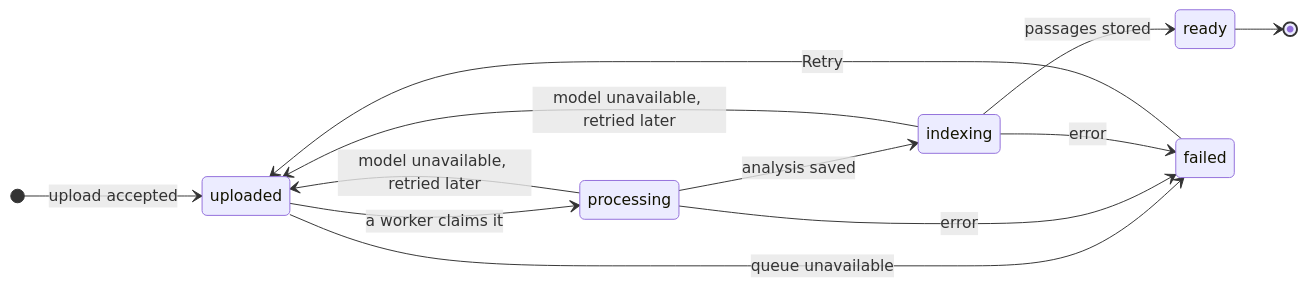
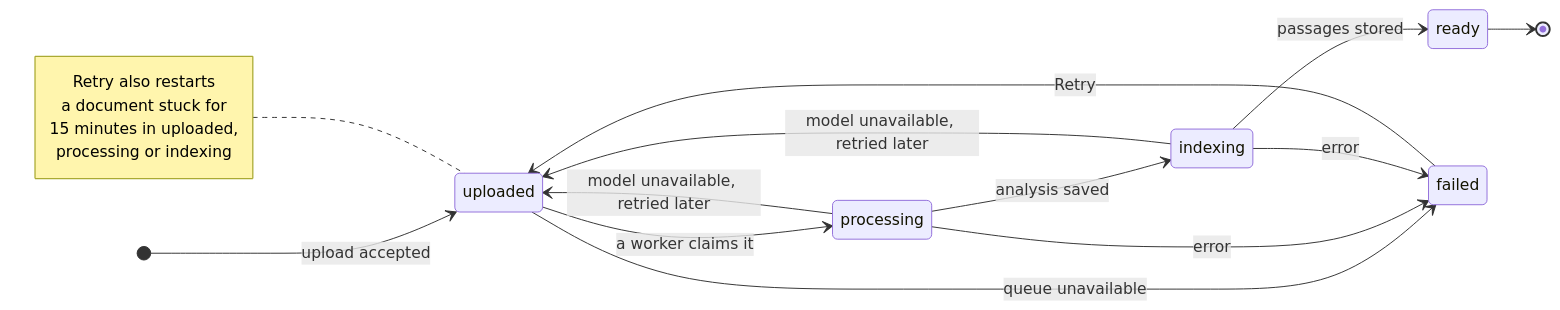
The third of 4 diagrams in README.md (APELSINKos/ai-study-platform), drawn with Mermaid before and after one commit. The commit also changed other lines of this file, not shown here.

Commit message:
docs: README — опрос раз в 15 с, когда документы застряли, и повтор застрявшего на схеме

````diff
--- a/README.md
+++ b/README.md
@@ -136,15 +136,21 @@
 ```mermaid
 stateDiagram-v2
     direction LR
     [*] --> uploaded: upload accepted
     uploaded --> processing: a worker claims it
     processing --> indexing: analysis saved
     indexing --> ready: passages stored
     processing --> uploaded: model unavailable, retried later
     indexing --> uploaded: model unavailable, retried later
     uploaded --> failed: queue unavailable
     processing --> failed: error
     indexing --> failed: error
     failed --> uploaded: Retry
     ready --> [*]
+    note left of uploaded
+        Retry also restarts
+        a document stuck for
+        15 minutes in uploaded,
+        processing or indexing
+    end note
 ```
````
